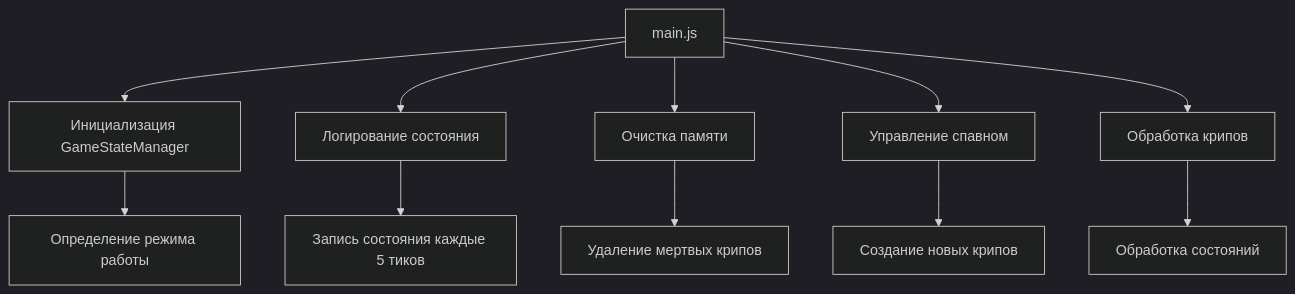
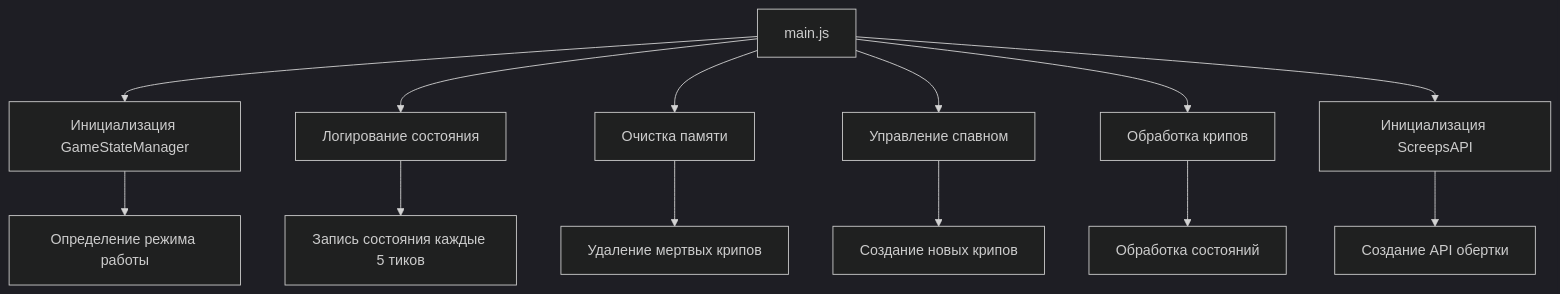
The sixth of 10 diagrams in architecture.md (ekolvah/screeps), drawn with Mermaid (dark theme) before and after one commit. The commit also changed other lines of this file and 1 other file, not shown here.

````diff
--- a/architecture.md
+++ b/architecture.md
@@ -125,14 +168,16 @@
 ```mermaid
 flowchart TD
     A[main.js] --> B[Инициализация GameStateManager]
     A --> C[Логирование состояния]
     A --> D[Очистка памяти]
     A --> E[Управление спавном]
     A --> F[Обработка крипов]
+    A --> G[Инициализация ScreepsAPI]
     
-    B --> G[Определение режима работы]
-    C --> H[Запись состояния каждые 5 тиков]
-    D --> I[Удаление мертвых крипов]
-    E --> J[Создание новых крипов]
-    F --> K[Обработка состояний]
+    B --> H[Определение режима работы]
+    C --> I[Запись состояния каждые 5 тиков]
+    D --> J[Удаление мертвых крипов]
+    E --> K[Создание новых крипов]
+    F --> L[Обработка состояний]
+    G --> M[Создание API обертки]
 ```
````
